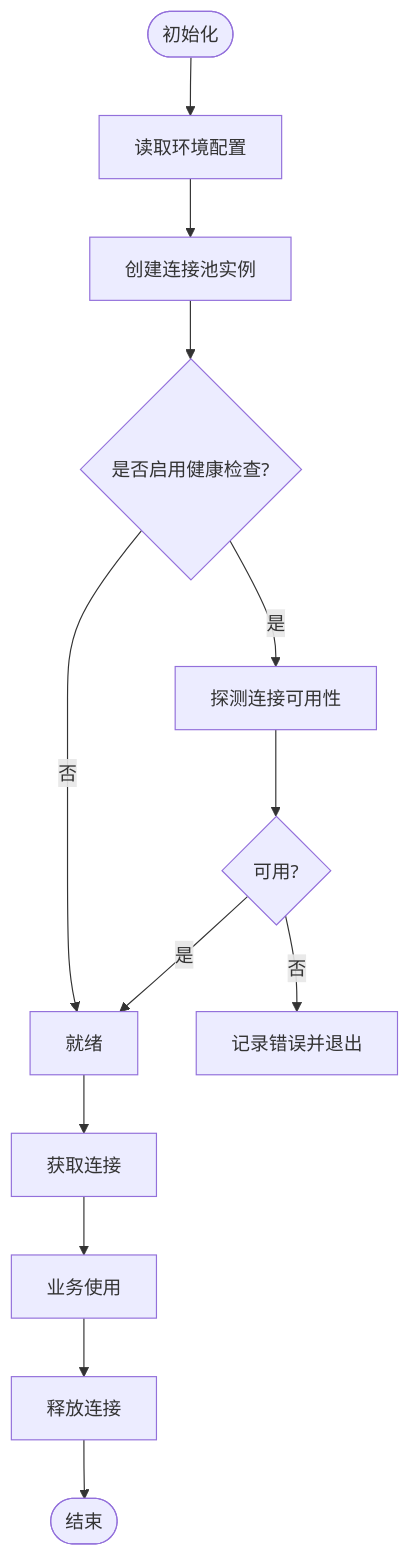
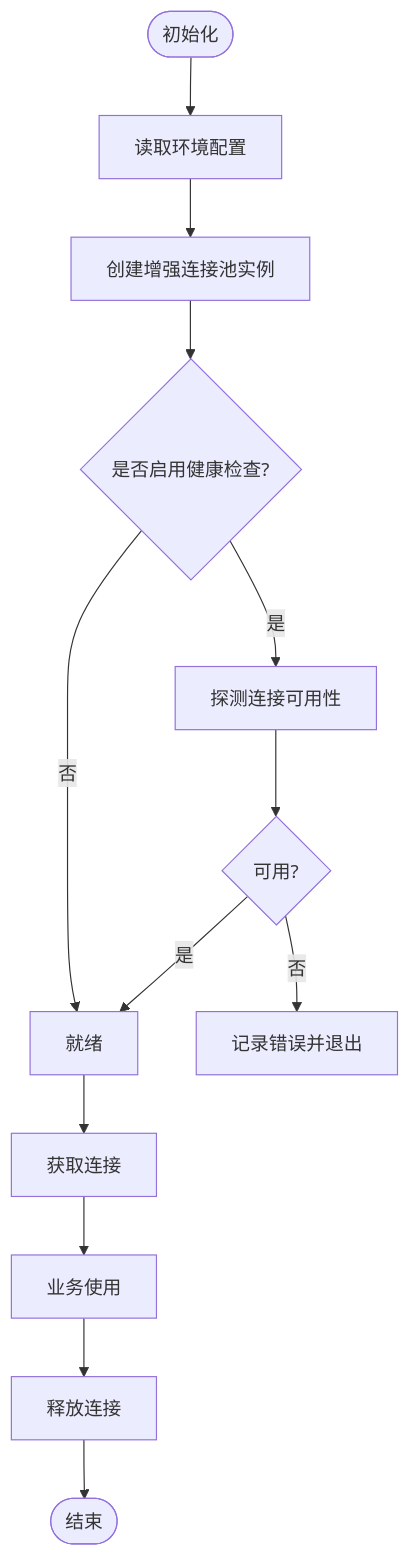
One commit to Maki3991/study-PactLedger changed the third of 10 diagrams in .qoder/repowiki/zh/content/数据流与状态管理/数据持久化层.md. Above: the diagram before and after it, drawn with Mermaid. The commit also changed other lines of this file and 8 other files, not shown here.

````diff
--- a/.qoder/repowiki/zh/content/数据流与状态管理/数据持久化层.md
+++ b/.qoder/repowiki/zh/content/数据流与状态管理/数据持久化层.md
@@ -157,15 +196,15 @@
 ```mermaid
 flowchart TD
 Start(["初始化"]) --> ReadEnv["读取环境配置"]
-ReadEnv --> CreatePool["创建连接池实例"]
+ReadEnv --> CreatePool["创建增强连接池实例"]
 CreatePool --> HealthCheck{"是否启用健康检查?"}
 HealthCheck --> |是| Probe["探测连接可用性"]
 HealthCheck --> |否| Ready["就绪"]
 Probe --> ProbeOK{"可用?"}
 ProbeOK --> |否| Error["记录错误并退出"]
 ProbeOK --> |是| Ready
 Ready --> GetConn["获取连接"]
 GetConn --> Use["业务使用"]
 Use --> Release["释放连接"]
 Release --> End(["结束"])
 ```
````
